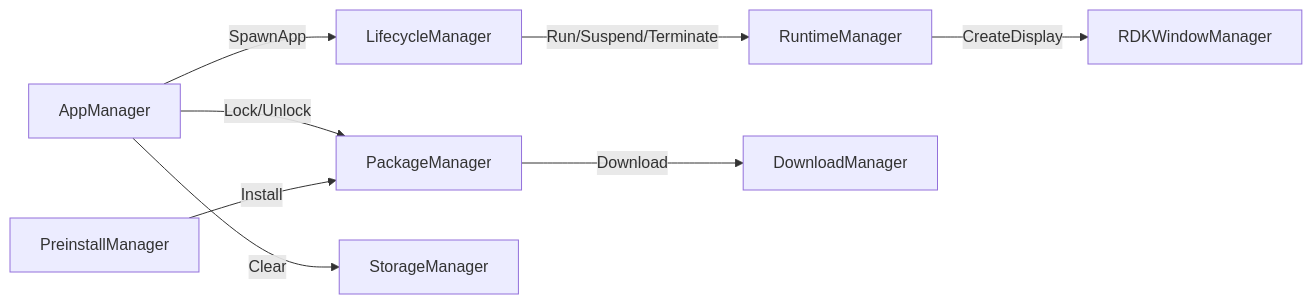
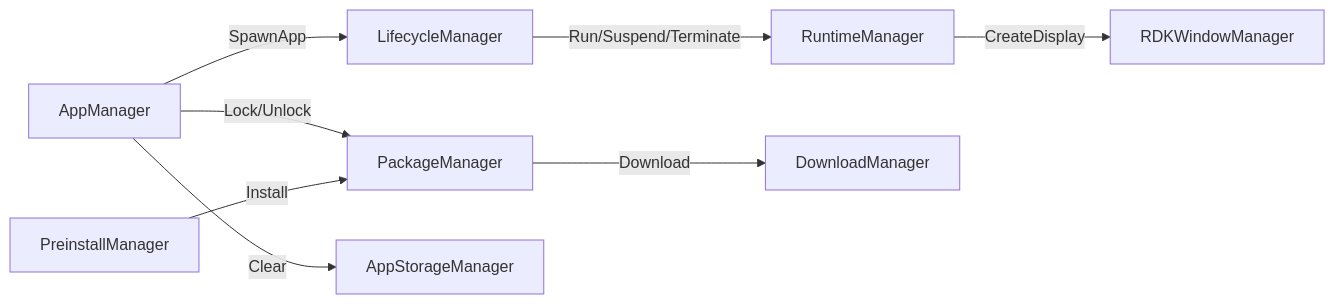
One commit to rdkcentral/entservices-appmanagers changed the second of 4 diagrams in README.md. Above: the diagram before and after it, drawn with Mermaid.

Commit message:
Potential fix for pull request finding

````diff
--- a/README.md
+++ b/README.md
@@ -65,10 +65,10 @@
 ```mermaid
 flowchart LR
     A[AppManager] -->|SpawnApp| B[LifecycleManager]
     A -->|Lock/Unlock| C[PackageManager]
-    A -->|Clear| D[StorageManager]
+    A -->|Clear| D[AppStorageManager]
     B -->|Run/Suspend/Terminate| E[RuntimeManager]
     E -->|CreateDisplay| F[RDKWindowManager]
     C -->|Download| G[DownloadManager]
     H[PreinstallManager] -->|Install| C
 ```
````
